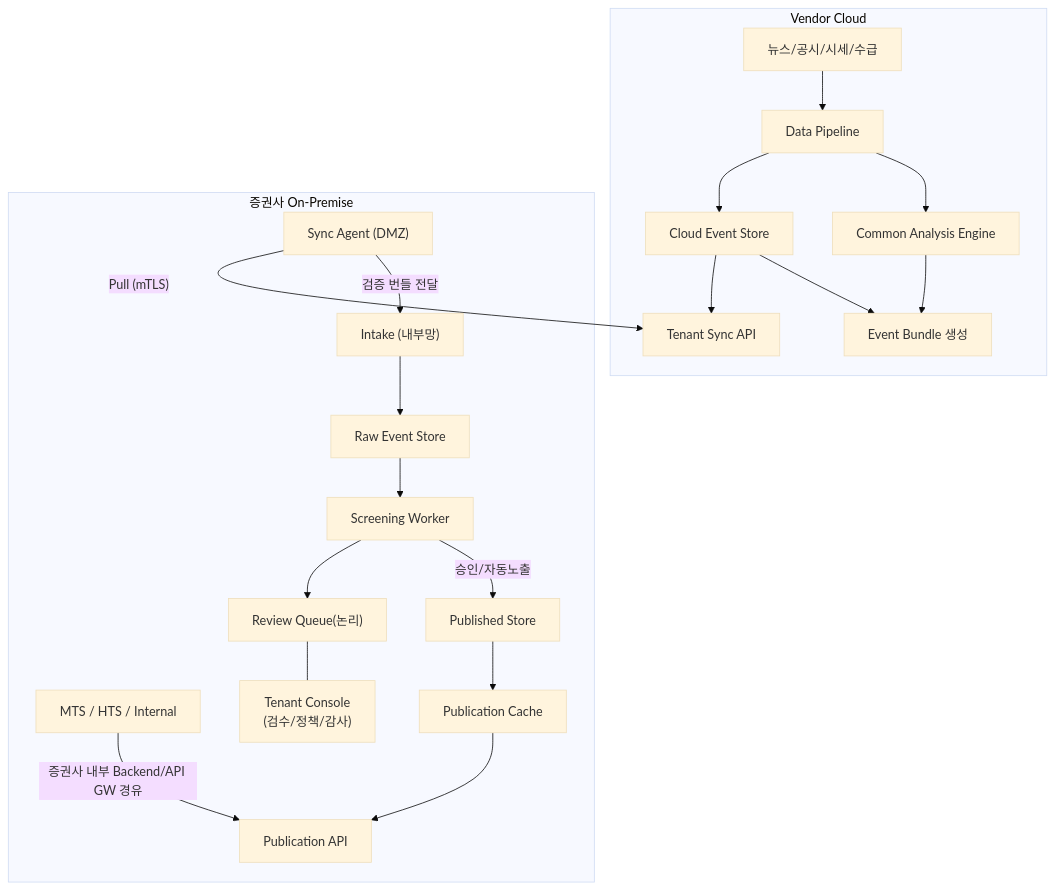
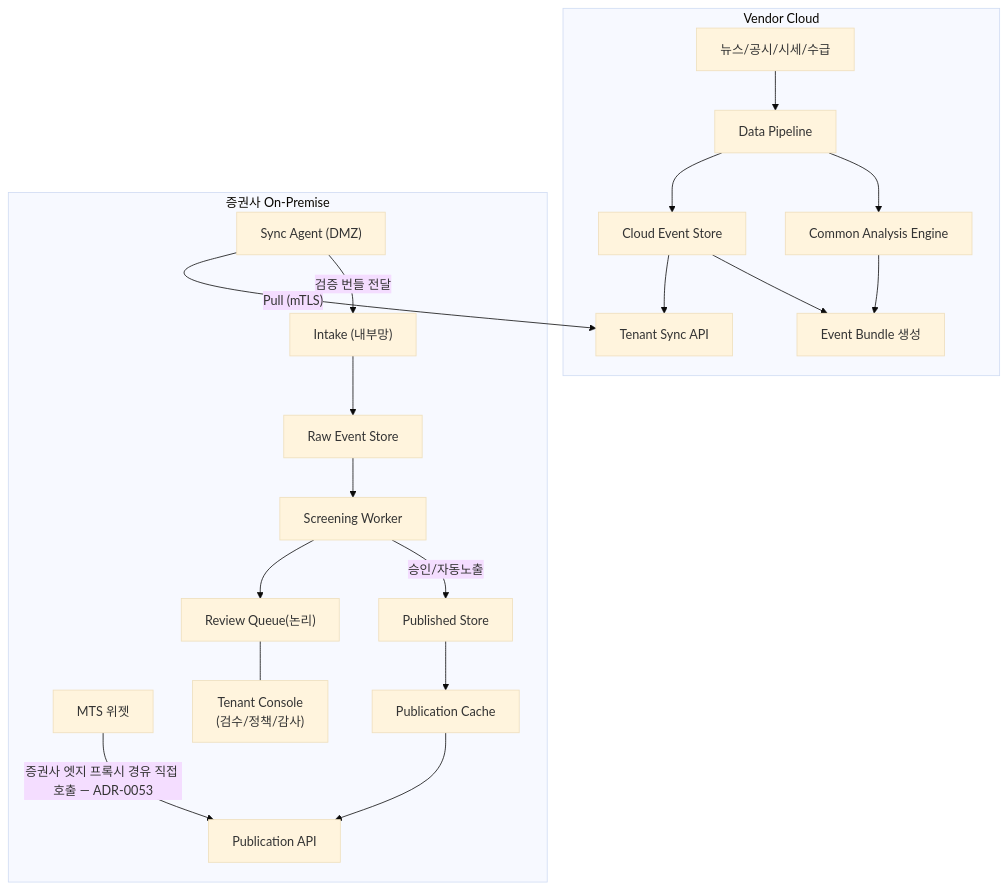
The diagram in docs/context.md (alphaeveryday/edge), drawn with Mermaid (base theme) before and after one commit. The commit also changed other lines of this file and 45 other files, not shown here.

First line of the commit message:
feat(publication-api): 고객 컨텍스트 제거 — 위젯 직접 호출·Exposure Log 은퇴 (#798)

````diff
--- a/docs/context.md
+++ b/docs/context.md
@@ -53,22 +53,22 @@
 ```mermaid
 flowchart TB
     subgraph cloud["Vendor Cloud"]
         SRC["뉴스/공시/시세/수급"] --> DP["Data Pipeline"]
         DP --> CAE["Common Analysis Engine"]
         DP --> CES["Cloud Event Store"]
         CAE --> EB["Event Bundle 생성"]
         CES --> EB
         CES --> TSA["Tenant Sync API"]
     end
     subgraph onprem["증권사 On-Premise"]
-        MTS["MTS / HTS / Internal"] -->|증권사 내부 Backend/API GW 경유| SVA["Publication API"]
+        MTS["MTS 위젯"] -->|증권사 엣지 프록시 경유 직접 호출 — ADR-0053| SVA["Publication API"]
         PS["Published Store"] --> SC["Publication Cache"] --> SVA
         SA["Sync Agent (DMZ)"] -->|"검증 번들 전달"| IN["Intake (내부망)"]
         IN --> RES["Raw Event Store"]
         RES --> CE["Screening Worker"]
         CE -->|승인/자동노출| PS
         CE --> RQ["Review Queue(논리)"]
         RQ --- TC["Tenant Console<br/>(검수/정책/감사)"]
     end
     SA -->|"Pull (mTLS)"| TSA
 ```
````
